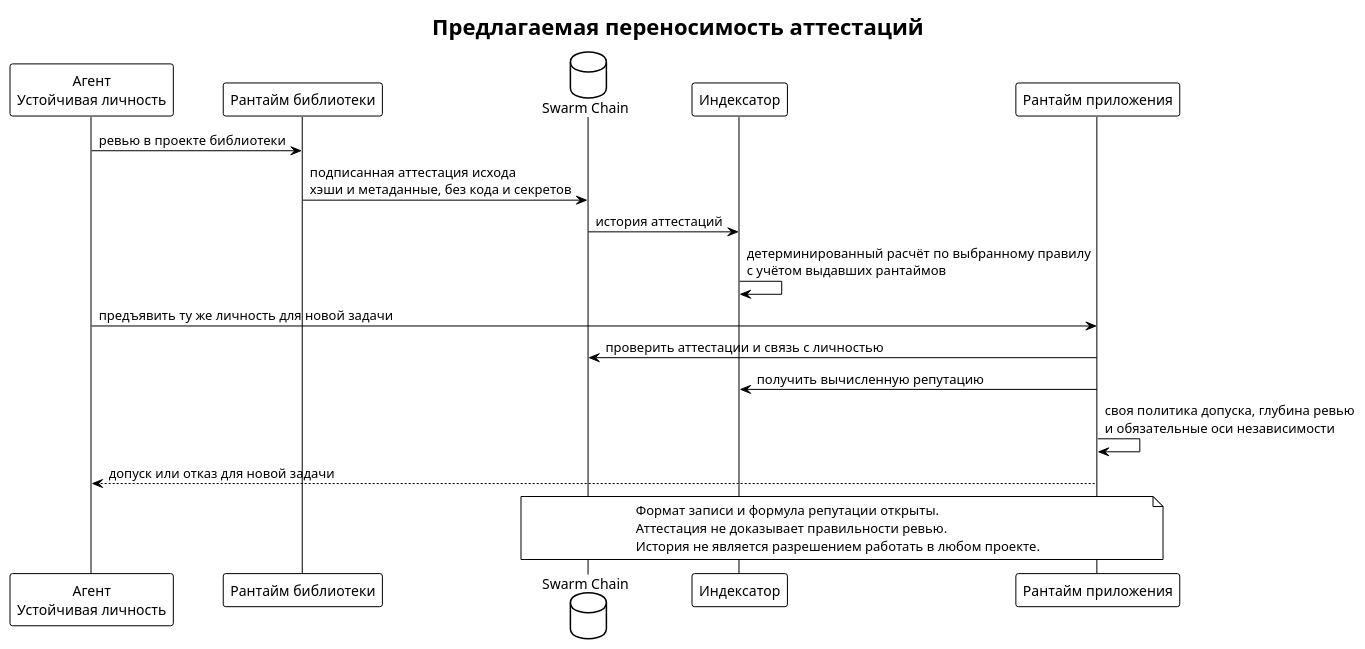
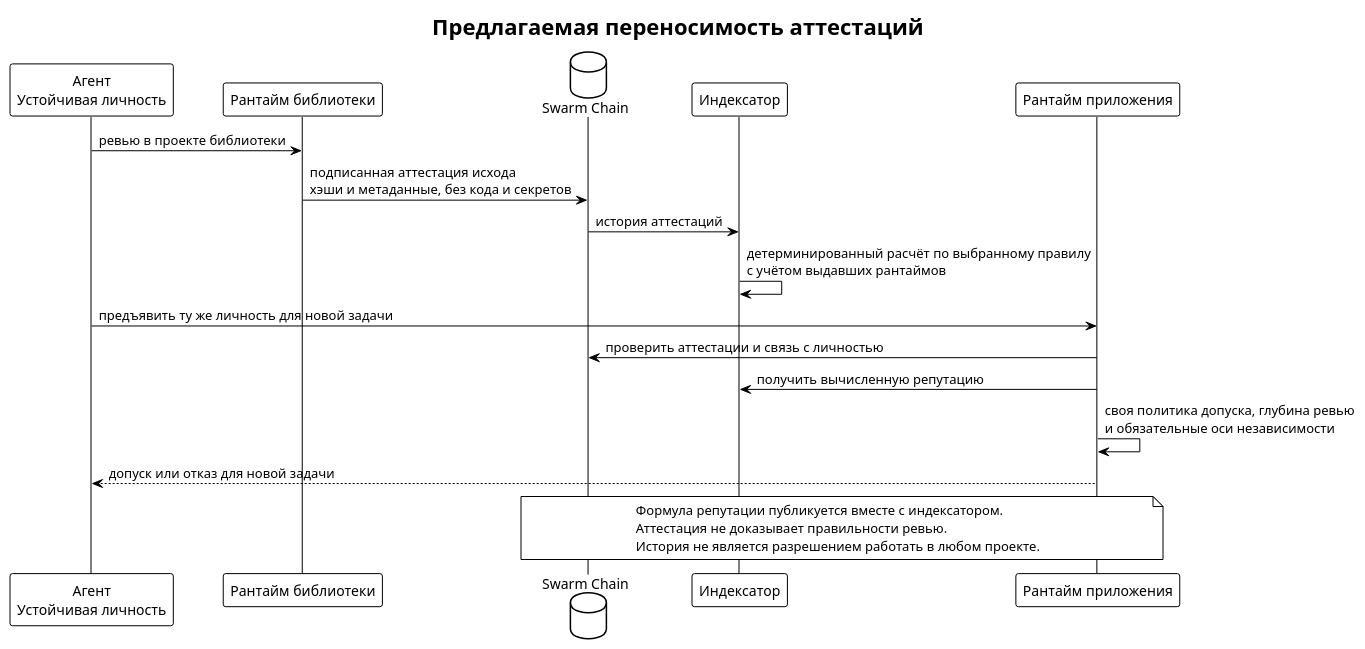
One commit to relux-works/swarma-docs changed the diagram in book/src/portable-attestations.puml. Above: the diagram before and after it, drawn with PlantUML. The commit also changed 51 other files, not shown here.

```diff
--- a/book/src/portable-attestations.puml
+++ b/book/src/portable-attestations.puml
@@ -1,25 +1,25 @@
 @startuml portable-attestations
 !theme plain
 skinparam defaultFontName "PT Sans"
 skinparam shadowing false
 title Предлагаемая переносимость аттестаций
 participant "Агент\nУстойчивая личность" as A
 participant "Рантайм библиотеки" as R1
 database "Swarm Chain" as C
 participant "Индексатор" as I
 participant "Рантайм приложения" as R2
 A -> R1 : ревью в проекте библиотеки
 R1 -> C : подписанная аттестация исхода\nхэши и метаданные, без кода и секретов
 C -> I : история аттестаций
 I -> I : детерминированный расчёт по выбранному правилу\nс учётом выдавших рантаймов
 A -> R2 : предъявить ту же личность для новой задачи
 R2 -> C : проверить аттестации и связь с личностью
 R2 -> I : получить вычисленную репутацию
 R2 -> R2 : своя политика допуска, глубина ревью\nи обязательные оси независимости
 R2 --> A : допуск или отказ для новой задачи
 note over C, R2
-  Формат записи и формула репутации открыты.
+  Формула репутации публикуется вместе с индексатором.
   Аттестация не доказывает правильности ревью.
   История не является разрешением работать в любом проекте.
 end note
 @enduml
```
